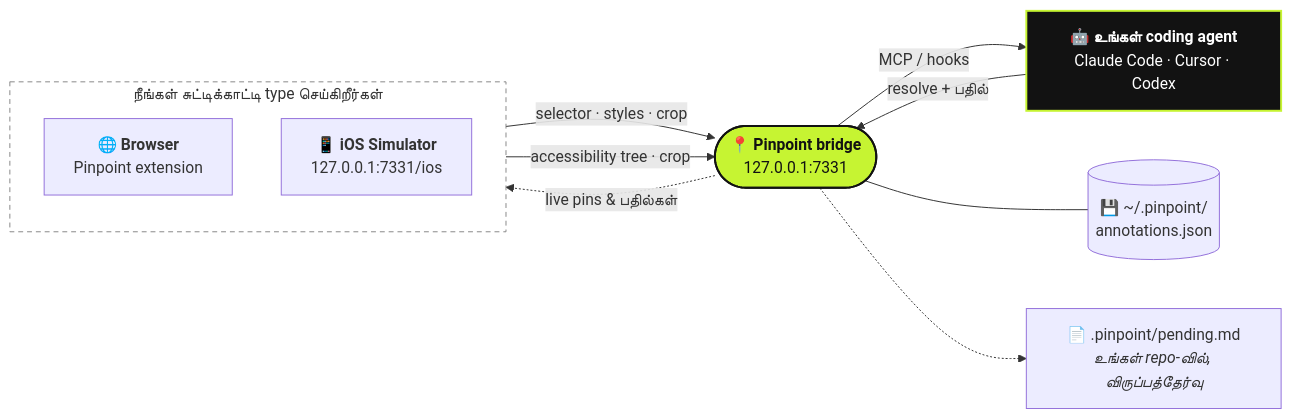
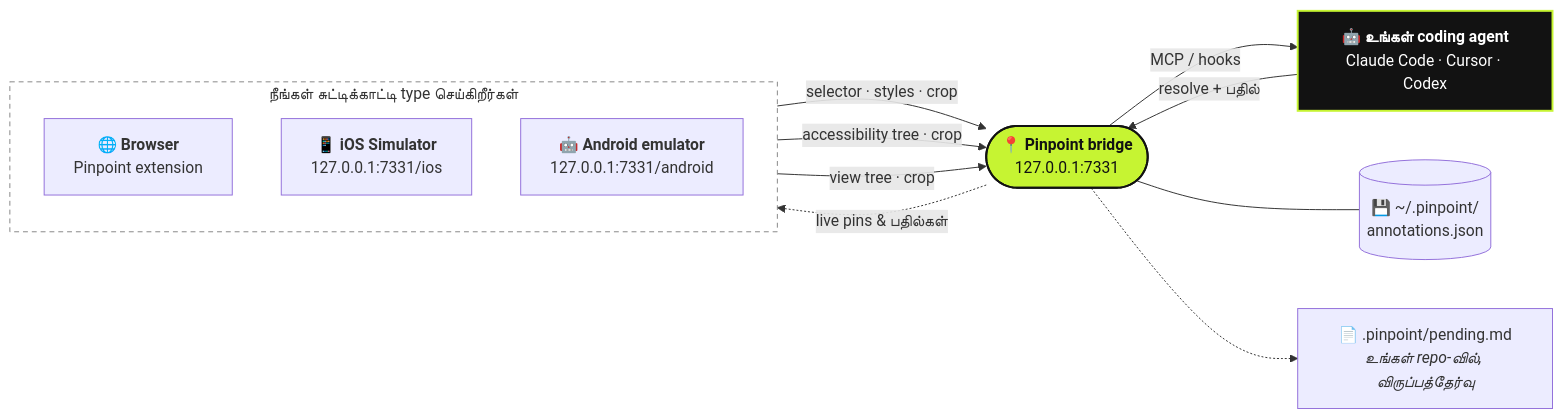
Before and after one commit to gowtham012/PinPoint: the diagram in docs/i18n/README.ta.md, drawn with Mermaid. The commit also changed other lines of this file and 16 other files, not shown here.

````diff
--- a/docs/i18n/README.ta.md
+++ b/docs/i18n/README.ta.md
@@ -49,26 +50,28 @@
 ```mermaid
 flowchart LR
   subgraph you [" நீங்கள் சுட்டிக்காட்டி type செய்கிறீர்கள் "]
     direction TB
     B["🌐 <b>Browser</b><br/>Pinpoint extension"]
     S["📱 <b>iOS Simulator</b><br/>127.0.0.1:7331/ios"]
+    AN["🤖 <b>Android emulator</b><br/>127.0.0.1:7331/android"]
   end
   BR(["📍 <b>Pinpoint bridge</b><br/>127.0.0.1:7331"])
   ST[("💾 ~/.pinpoint/<br/>annotations.json")]
   F["📄 .pinpoint/pending.md<br/><i>உங்கள் repo-வில், விருப்பத்தேர்வு</i>"]
   A["🤖 <b>உங்கள் coding agent</b><br/>Claude Code · Cursor · Codex"]
 
   B -- "selector · styles · crop" --> BR
   S -- "accessibility tree · crop" --> BR
+  AN -- "view tree · crop" --> BR
   BR -- "MCP / hooks" --> A
   A -- "resolve + பதில்" --> BR
   BR -. "live pins & பதில்கள்" .-> B
   BR --- ST
   BR -.-> F
 
   classDef bridge fill:#c6f432,stroke:#121212,stroke-width:2px,color:#121212
   classDef agent fill:#121212,stroke:#c6f432,stroke-width:2px,color:#ffffff
   class BR bridge
   class A agent
   style you fill:transparent,stroke:#888,stroke-dasharray:5 4
 ```
````
